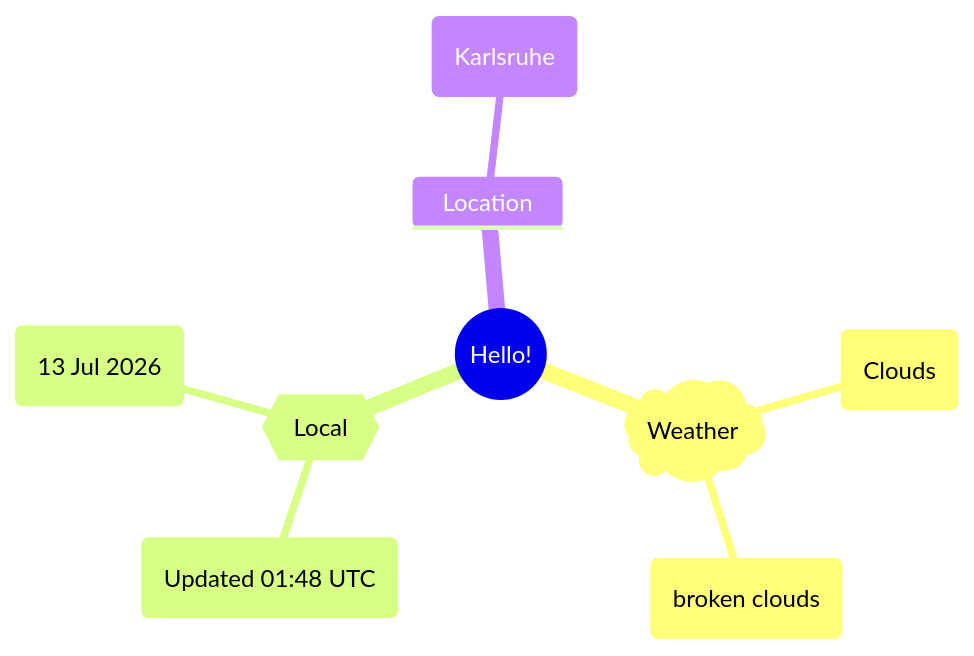
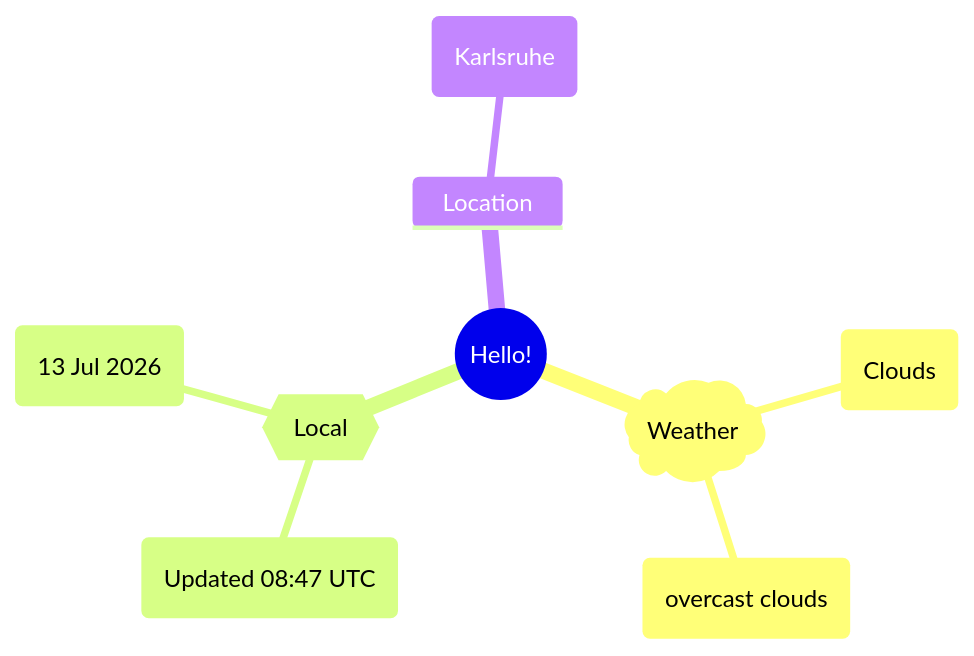
The first of 2 diagrams in README.md (Xosrov/Xosrov), drawn with Mermaid before and after one commit.

Commit message:
[bot] updated images

````diff
--- a/README.md
+++ b/README.md
@@ -3,12 +3,12 @@
 ```mermaid
 mindmap
   root((Hello!))
     )Weather(
         (Clouds)
-        (broken clouds)
+        (overcast clouds)
     {{Local}}
-        (Updated 01:48 UTC)
+        (Updated 08:47 UTC)
         (13 Jul 2026)
     Location
         (Karlsruhe)
 ```
````
